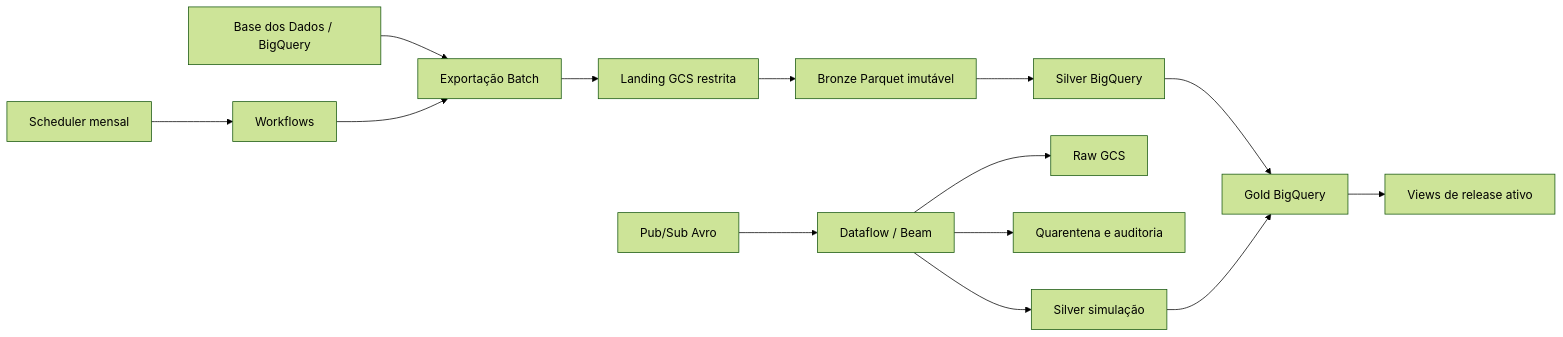
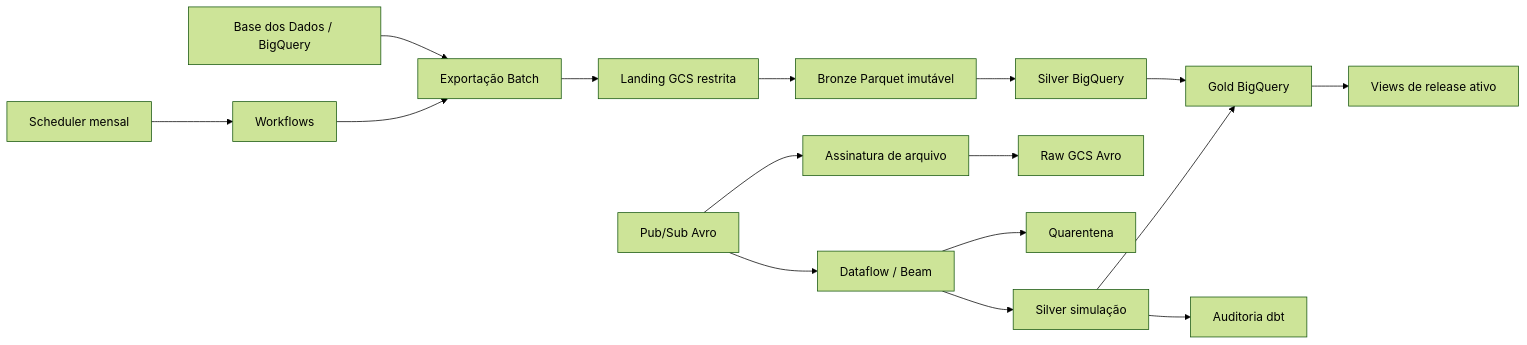
One commit to kevinbds/tech-challenge-fase2-alfabetizacao-pipeline changed the diagram in README.md. Above: the diagram before and after it, drawn with Mermaid (forest theme). The commit also changed other lines of this file and 278 other files, not shown here.

````diff
--- a/README.md
+++ b/README.md
@@ -35,16 +53,18 @@
 ```mermaid
 flowchart LR
   BD[Base dos Dados / BigQuery] --> EX[Exportação Batch]
   EX --> L[Landing GCS restrita]
   L --> B[Bronze Parquet imutável]
   B --> S[Silver BigQuery]
   S --> G[Gold BigQuery]
-  PS[Pub/Sub Avro] --> DF[Dataflow / Beam]
-  DF --> RAW[Raw GCS]
-  DF --> QS[Quarentena e auditoria]
+  PS[Pub/Sub Avro] --> AR[Assinatura de arquivo]
+  AR --> RAW[Raw GCS Avro]
+  PS --> DF[Dataflow / Beam]
+  DF --> QS[Quarentena]
   DF --> HS[Silver simulação]
+  HS --> AU[Auditoria dbt]
   HS --> G
   G --> V[Views de release ativo]
   WF[Workflows] --> EX
   SCH[Scheduler mensal] --> WF
 ```
````
